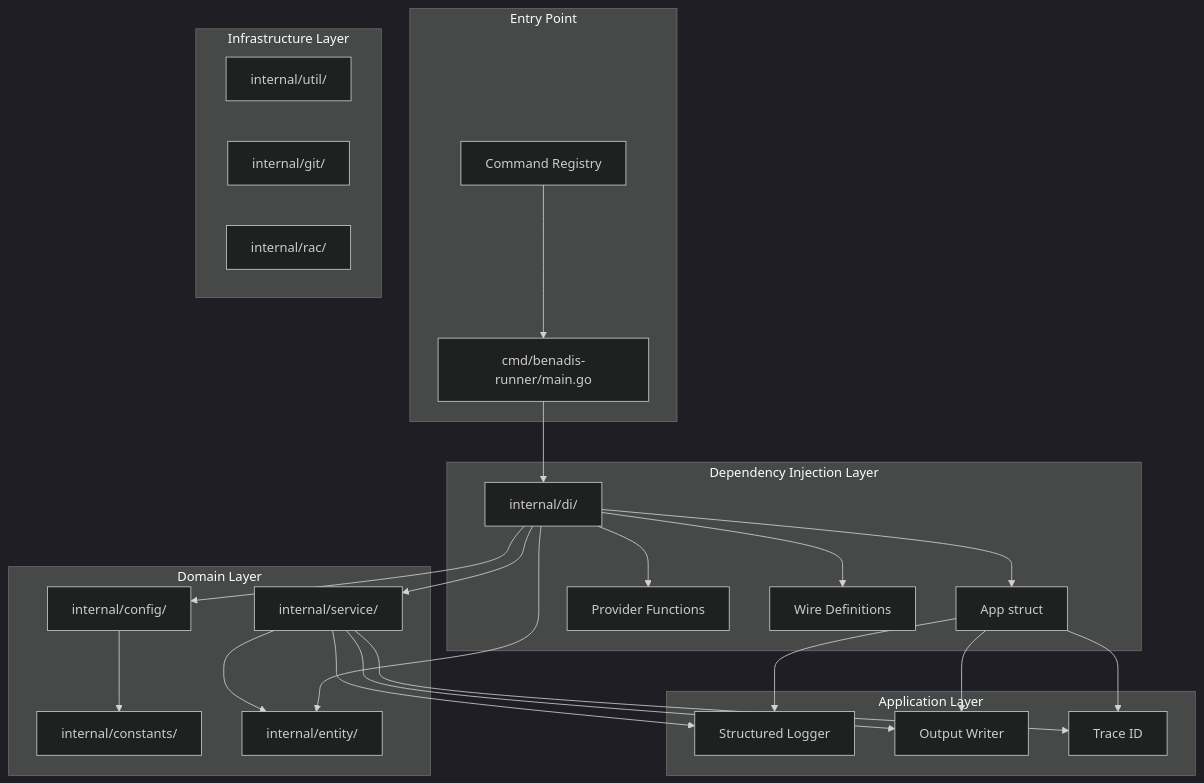
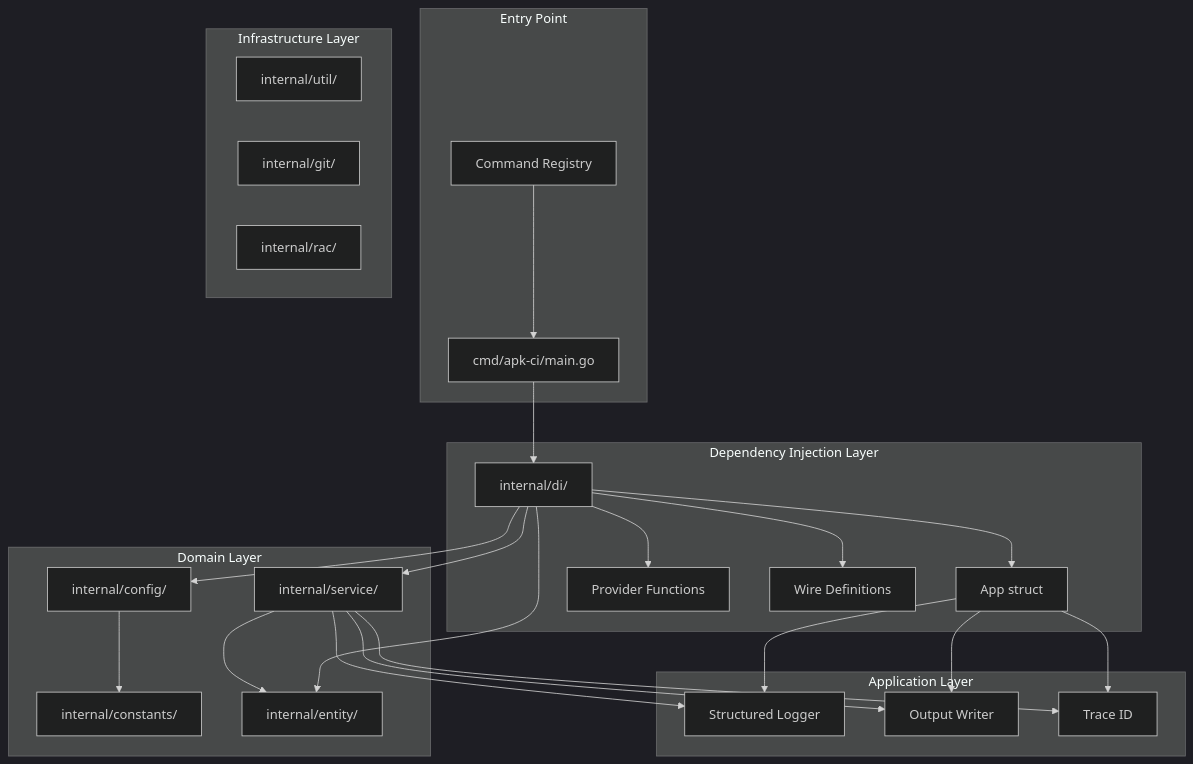
Before and after one commit to Kargones/apk-ci: the first of 7 diagrams in .qoder/repowiki/en/content/Development Guide/Development Guide.md, drawn with Mermaid (dark theme). The commit also changed other lines of this file and 189 other files, not shown here.

Commit message:
Замена benadis-runner на apk-ci.

````diff
--- a/.qoder/repowiki/en/content/Development Guide/Development Guide.md
+++ b/.qoder/repowiki/en/content/Development Guide/Development Guide.md
@@ -67,39 +67,39 @@
 ```mermaid
 graph TB
 subgraph "Entry Point"
-MAIN[cmd/benadis-runner/main.go]
+MAIN[cmd/apk-ci/main.go]
 ENDPOINT[Command Registry]
 ENDPOINT --> MAIN
 end
 subgraph "Dependency Injection Layer"
 DI[internal/di/]
 DI --> APP[App struct]
 DI --> PROVIDERS[Provider Functions]
 DI --> WIRE[Wire Definitions]
 end
 subgraph "Application Layer"
 APP --> LOGGER[Structured Logger]
 APP --> OUTPUTWRITER[Output Writer]
 APP --> TRACEID[Trace ID]
 end
 subgraph "Domain Layer"
 CONFIG[internal/config/]
 CONSTANTS[internal/constants/]
 SERVICE[internal/service/]
 ENTITY[internal/entity/]
 end
 subgraph "Infrastructure Layer"
 UTIL[internal/util/]
 GIT[internal/git/]
 RAC[internal/rac/]
 end
 MAIN --> DI
 DI --> CONFIG
 DI --> SERVICE
 DI --> ENTITY
 CONFIG --> CONSTANTS
 SERVICE --> ENTITY
 SERVICE --> LOGGER
 SERVICE --> OUTPUTWRITER
 SERVICE --> TRACEID
 ```
````
